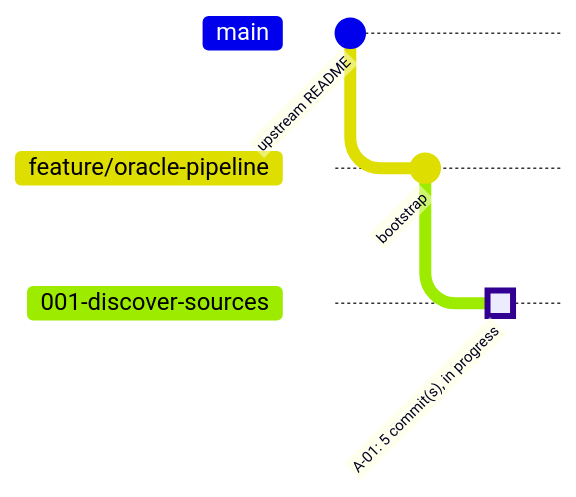
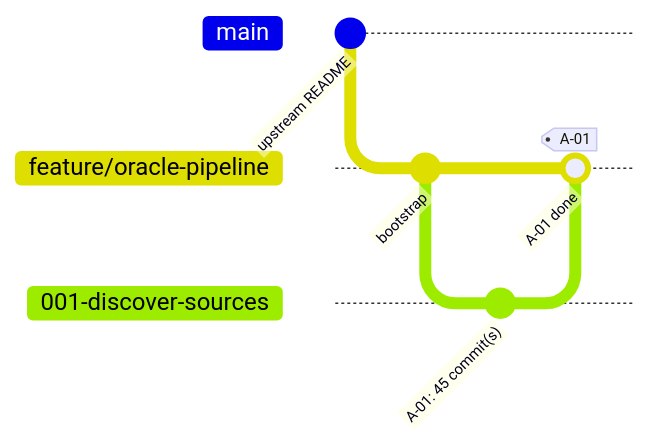
One commit to HebaGaber/oracle-property-intelligence-platform-pipeline-travis-tx changed the second of 2 diagrams in docs/progress.md. Above: the diagram before and after it, drawn with Mermaid. The commit also changed other lines of this file, not shown here.

Commit message:
A-01: update progress

````diff
--- a/docs/progress.md
+++ b/docs/progress.md
@@ -19,10 +19,11 @@
 ```mermaid
 %%{init: { 'gitGraph': { 'mainBranchName': 'main', 'showCommitLabel': true } } }%%
 gitGraph
   commit id: "upstream README"
   branch "feature/oracle-pipeline"
   commit id: "bootstrap"
   branch "001-discover-sources"
-  commit id: "A-01: 5 commit(s), in progress" type: HIGHLIGHT
+  commit id: "A-01: 45 commit(s)"
   checkout "feature/oracle-pipeline"
+  merge "001-discover-sources" id: "A-01 done" tag: "A-01"
 ```
````
